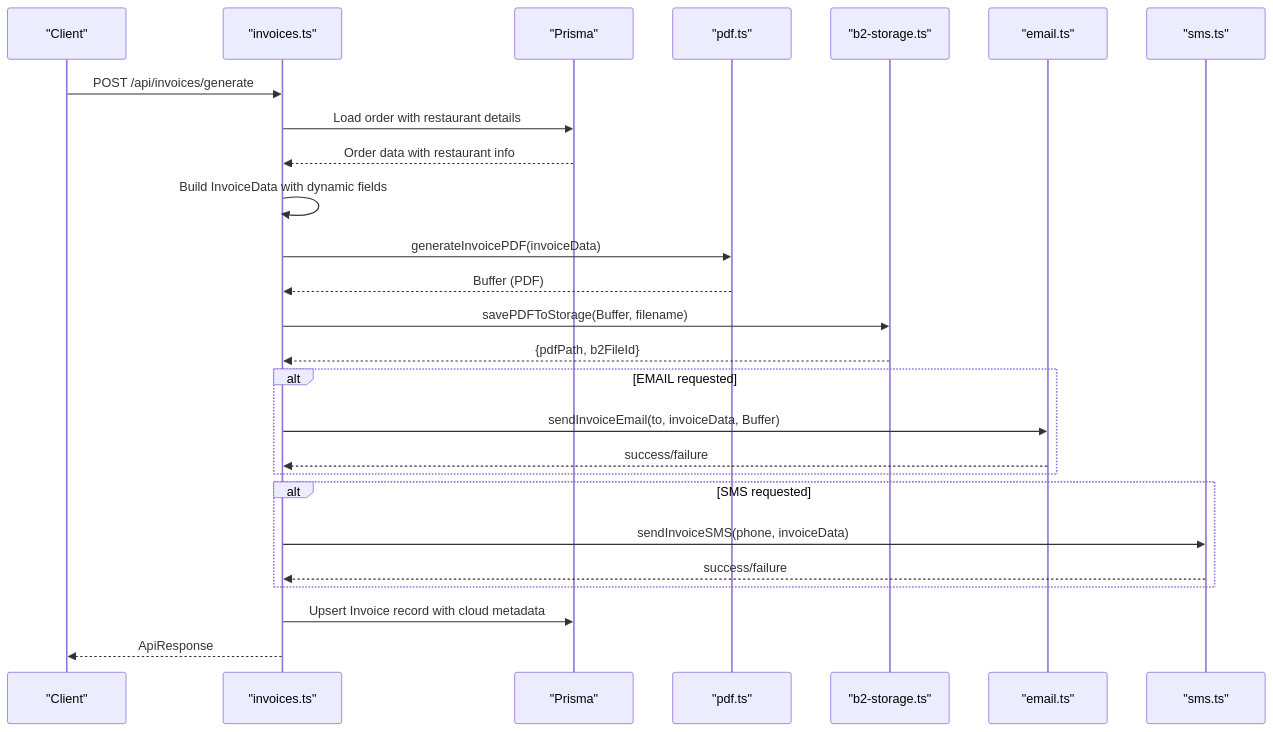
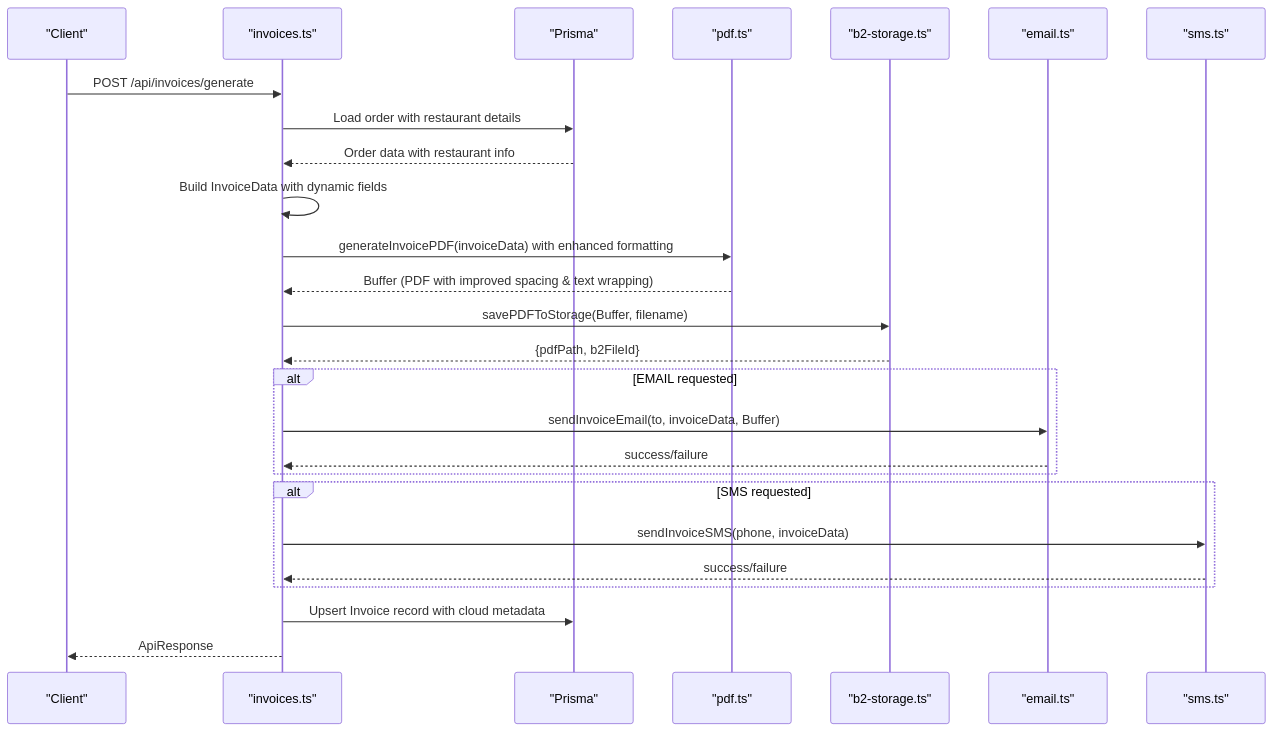
One commit to Dequeue-Tech/DeQ-Bite changed the second of 3 diagrams in .qoder/repowiki/en/content/Document Generation/PDF Invoice Generation.md. Above: the diagram before and after it, drawn with Mermaid. The commit also changed other lines of this file and 25 other files, not shown here.

````diff
--- a/.qoder/repowiki/en/content/Document Generation/PDF Invoice Generation.md
+++ b/.qoder/repowiki/en/content/Document Generation/PDF Invoice Generation.md
@@ -128,28 +128,28 @@
 ```mermaid
 sequenceDiagram
 participant Client as "Client"
 participant Route as "invoices.ts"
 participant DB as "Prisma"
 participant PDF as "pdf.ts"
 participant B2 as "b2-storage.ts"
 participant Email as "email.ts"
 participant SMS as "sms.ts"
 Client->>Route : POST /api/invoices/generate
 Route->>DB : Load order with restaurant details
 DB-->>Route : Order data with restaurant info
 Route->>Route : Build InvoiceData with dynamic fields
-Route->>PDF : generateInvoicePDF(invoiceData)
-PDF-->>Route : Buffer (PDF)
+Route->>PDF : generateInvoicePDF(invoiceData) with enhanced formatting
+PDF-->>Route : Buffer (PDF with improved spacing & text wrapping)
 Route->>B2 : savePDFToStorage(Buffer, filename)
 B2-->>Route : {pdfPath, b2FileId}
 alt EMAIL requested
 Route->>Email : sendInvoiceEmail(to, invoiceData, Buffer)
 Email-->>Route : success/failure
 end
 alt SMS requested
 Route->>SMS : sendInvoiceSMS(phone, invoiceData)
 SMS-->>Route : success/failure
 end
 Route->>DB : Upsert Invoice record with cloud metadata
 Route-->>Client : ApiResponse
 ```
````
